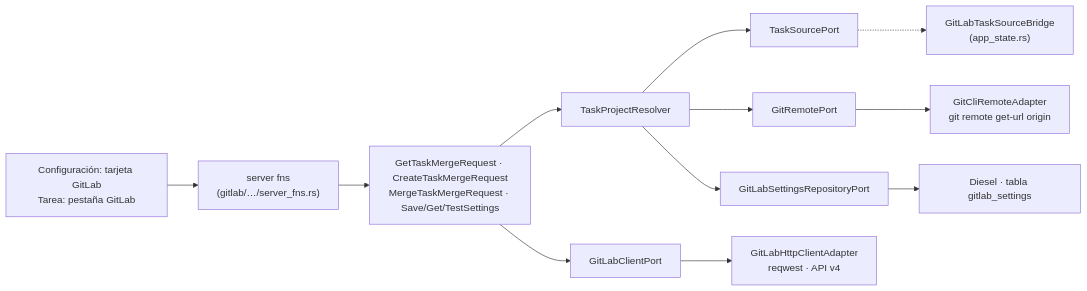
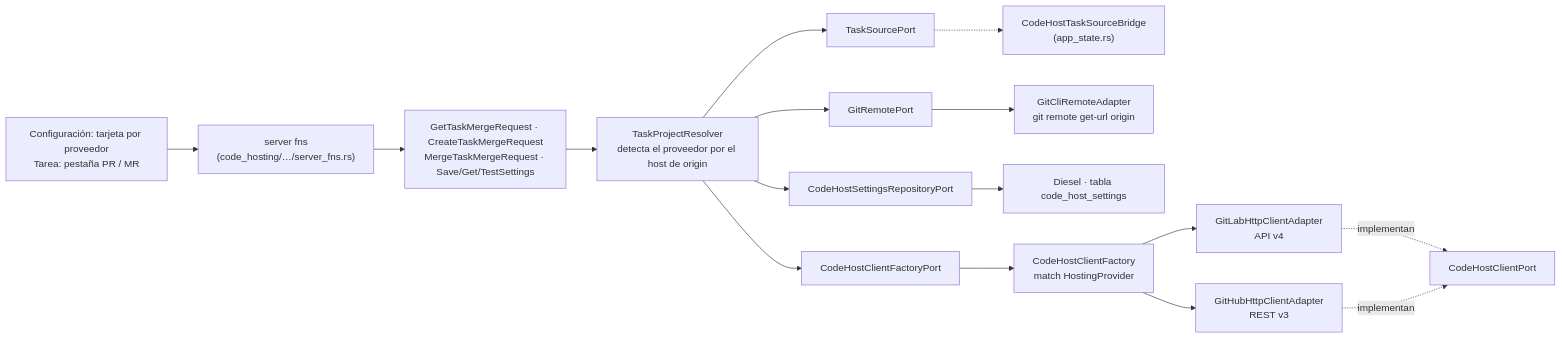
Diagram 12 of 12 in ARCHITECTURE.md (plopezm/iworkflow), drawn with Mermaid before and after one commit. The commit also changed other lines of this file and 12 other files, not shown here.

Commit message:
feat(code-hosting): provider-aware settings cards, PR/MR panel vocabulary and docs

````diff
--- a/ARCHITECTURE.md
+++ b/ARCHITECTURE.md
@@ -1030,10 +1030,13 @@
 ```mermaid
 flowchart LR
-    UI["Configuración: tarjeta GitLab<br/>Tarea: pestaña GitLab"] --> SF["server fns<br/>(gitlab/…/server_fns.rs)"]
+    UI["Configuración: tarjeta por proveedor<br/>Tarea: pestaña PR / MR"] --> SF["server fns<br/>(code_hosting/…/server_fns.rs)"]
     SF --> UC["GetTaskMergeRequest · CreateTaskMergeRequest<br/>MergeTaskMergeRequest · Save/Get/TestSettings"]
-    UC --> R["TaskProjectResolver"]
-    R --> P1["TaskSourcePort"] -.-> BR["GitLabTaskSourceBridge<br/>(app_state.rs)"]
+    UC --> R["TaskProjectResolver<br/>detecta el proveedor por el host de origin"]
+    R --> P1["TaskSourcePort"] -.-> BR["CodeHostTaskSourceBridge<br/>(app_state.rs)"]
     R --> P2["GitRemotePort"] --> A2["GitCliRemoteAdapter<br/>git remote get-url origin"]
-    R --> P3["GitLabSettingsRepositoryPort"] --> A3["Diesel · tabla gitlab_settings"]
-    UC --> P4["GitLabClientPort"] --> A4["GitLabHttpClientAdapter<br/>reqwest · API v4"]
+    R --> P3["CodeHostSettingsRepositoryPort"] --> A3["Diesel · tabla code_host_settings"]
+    R --> F["CodeHostClientFactoryPort"] --> FA["CodeHostClientFactory<br/>match HostingProvider"]
+    FA --> A4["GitLabHttpClientAdapter<br/>API v4"]
+    FA --> A5["GitHubHttpClientAdapter<br/>REST v3"]
+    A4 & A5 -. implementan .-> P4["CodeHostClientPort"]
 ```
````
